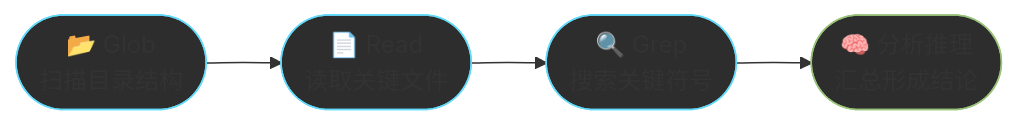
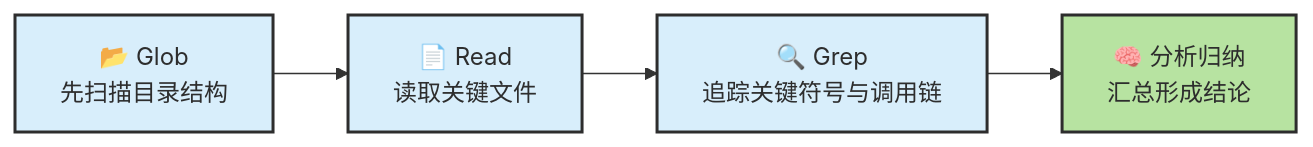
One commit to zht043/AgenticCodingTutorial changed the first of 4 diagrams in docs/chapters/ch06-explore-verify.md. Above: the diagram before and after it, drawn with Mermaid. The commit also changed other lines of this file and 69 other files, not shown here.

Commit message:
optimize docs and add mermaid validation

````diff
--- a/docs/chapters/ch06-explore-verify.md
+++ b/docs/chapters/ch06-explore-verify.md
@@ -122,12 +122,12 @@
 ```mermaid
 flowchart LR
-    classDef tool fill:#2d2d2d,stroke:#61dafb
-    classDef output fill:#2d2d2d,stroke:#98c379
+    classDef tool fill:#d8eefb,stroke:#2d2d2d,stroke-width:2px,color:#2d2d2d
+    classDef output fill:#b7e3a1,stroke:#2d2d2d,stroke-width:2px,color:#2d2d2d
 
-    G(["📂 Glob<br/>扫描目录结构"]):::tool
-    R(["📄 Read<br/>读取关键文件"]):::tool
-    S(["🔍 Grep<br/>搜索关键符号"]):::tool
-    A(["🧠 分析推理<br/>汇总形成结论"]):::output
+    G["📂 Glob<br/>先扫描目录结构"]:::tool
+    R["📄 Read<br/>读取关键文件"]:::tool
+    S["🔍 Grep<br/>追踪关键符号与调用链"]:::tool
+    A["🧠 分析归纳<br/>汇总形成结论"]:::output
 
     G --> R --> S --> A
 ```
````
